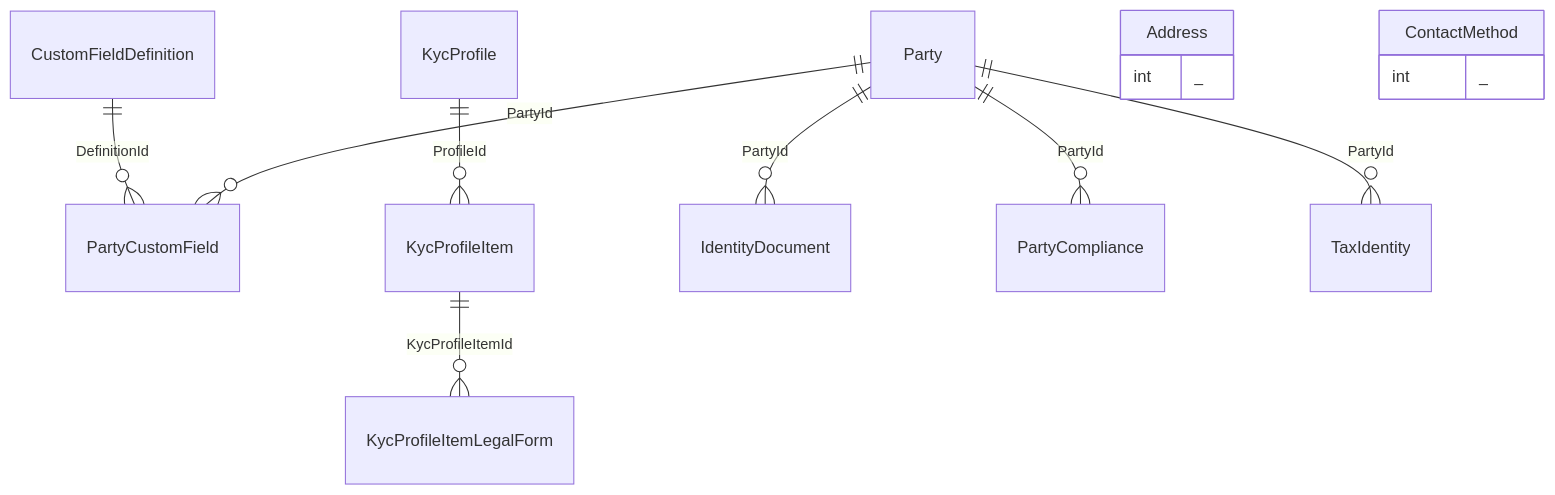
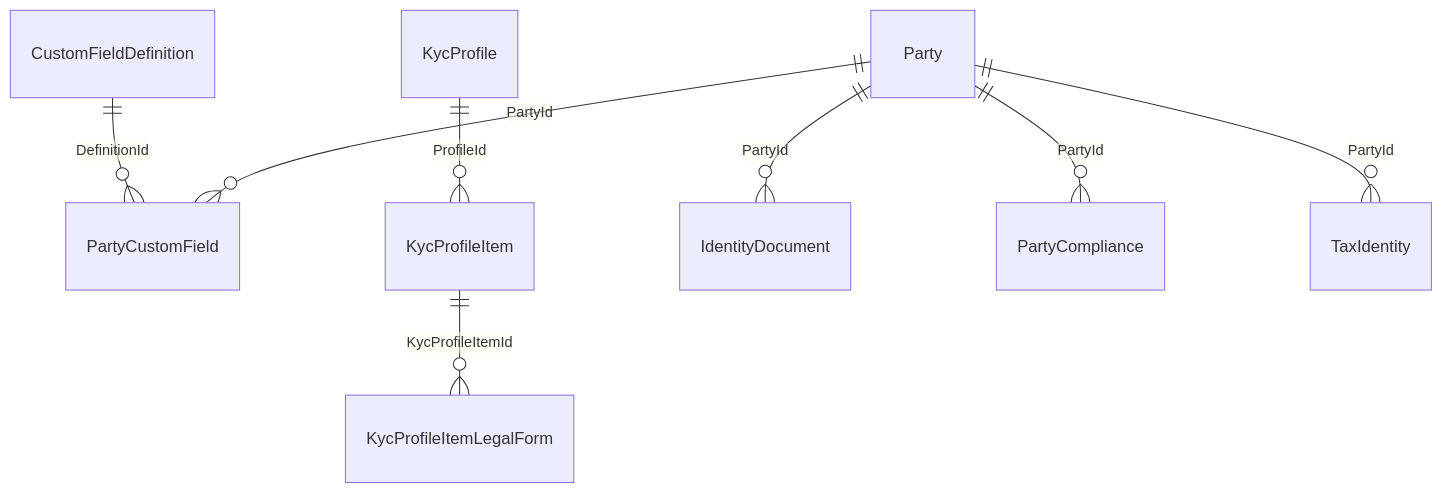
One commit to thawrasy/smartlines changed the seventh of 20 diagrams in treasury-platform/docs/22-erd-by-schema.md. Above: the diagram before and after it, drawn with Mermaid. The commit also changed other lines of this file and 38 other files, not shown here.

First line of the commit message:
Embed ERD, isolation, access-role and lifecycle diagrams in the database design document (v0.2)

````diff
--- a/treasury-platform/docs/22-erd-by-schema.md
+++ b/treasury-platform/docs/22-erd-by-schema.md
@@ -160,12 +150,10 @@
 ```mermaid
 erDiagram
   CustomFieldDefinition ||--o{ PartyCustomField : "DefinitionId"
   KycProfile ||--o{ KycProfileItem : "ProfileId"
   KycProfileItem ||--o{ KycProfileItemLegalForm : "KycProfileItemId"
   Party ||--o{ IdentityDocument : "PartyId"
   Party ||--o{ PartyCompliance : "PartyId"
   Party ||--o{ PartyCustomField : "PartyId"
   Party ||--o{ TaxIdentity : "PartyId"
-  Address { int _ }
-  ContactMethod { int _ }
 ```
````
